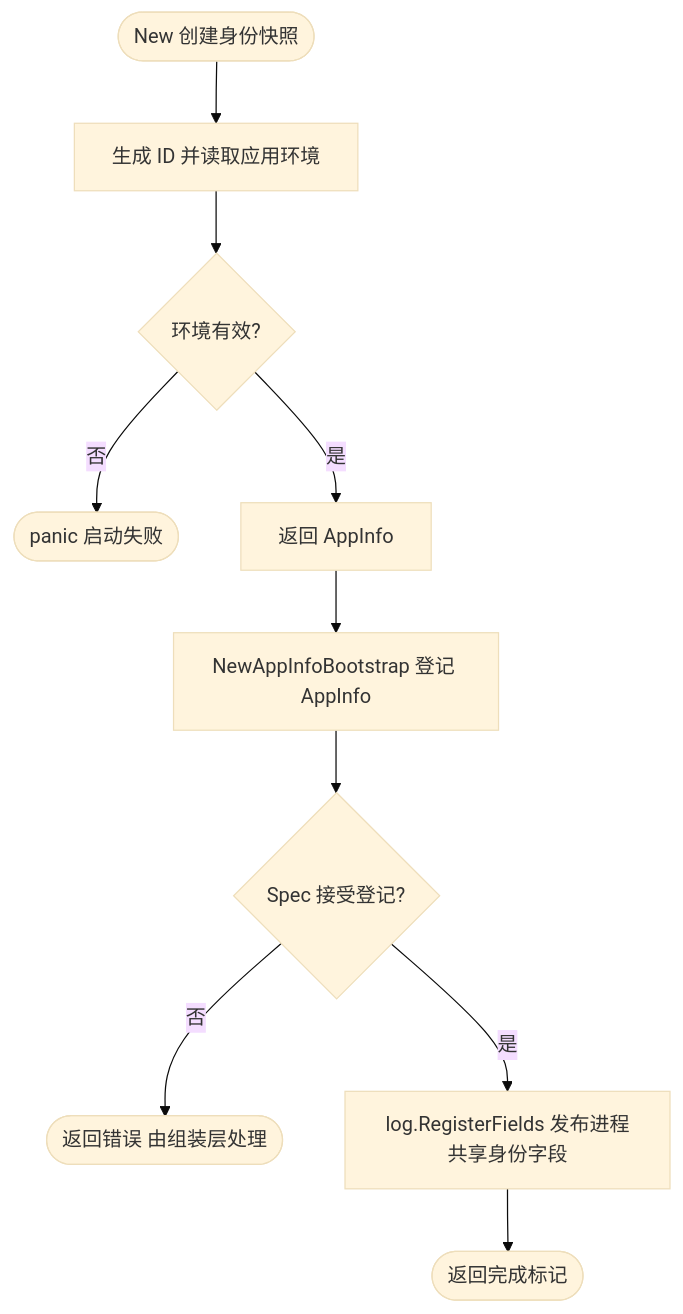
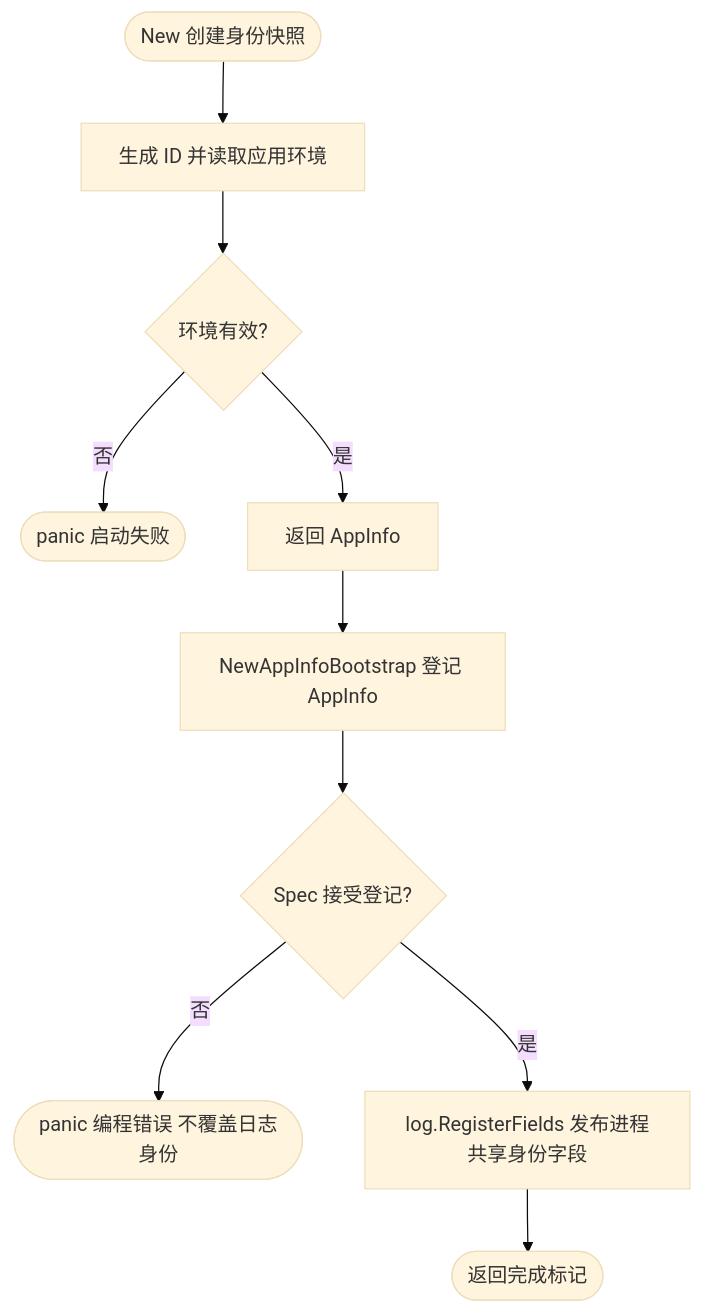
One commit to jaggerzhuang1994/kratos-foundation changed the diagram in pkg/appinfo/README.md. Above: the diagram before and after it, drawn with Mermaid (base theme). The commit also changed other lines of this file and 77 other files, not shown here.

Commit message:
refactor(bootstrap): 简化 Spec 蓝图组装与协议启用规则

````diff
--- a/pkg/appinfo/README.md
+++ b/pkg/appinfo/README.md
@@ -26,12 +23,12 @@
 ```mermaid
 flowchart TD
     A([New 创建身份快照]) --> B[生成 ID 并读取应用环境]
     B --> C{环境有效?}
     C -- 否 --> D([panic 启动失败])
     C -- 是 --> E[返回 AppInfo]
     E --> F[NewAppInfoBootstrap 登记 AppInfo]
     F --> G{Spec 接受登记?}
-    G -- 否 --> H([返回错误 由组装层处理])
+    G -- 否 --> H([panic 编程错误 不覆盖日志身份])
     G -- 是 --> I[log.RegisterFields 发布进程共享身份字段]
     I --> J([返回完成标记])
 ```
````
